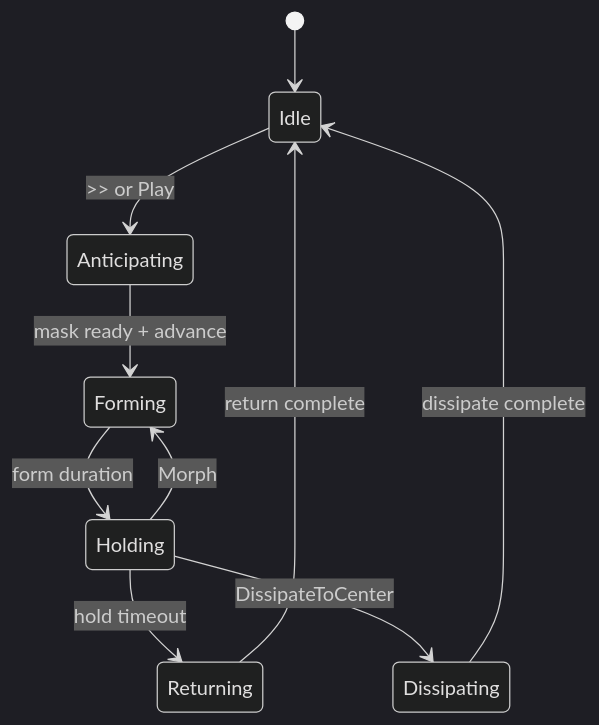
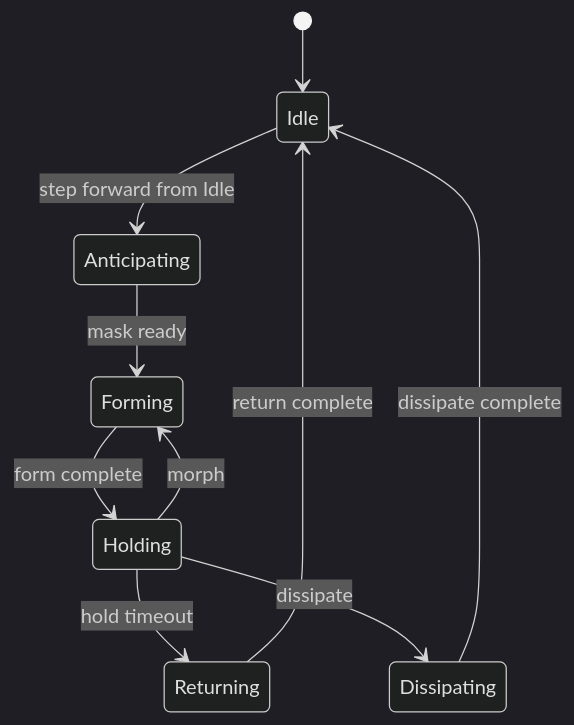
One commit to vecnode/metaagent-ue5-plugin changed the second of 3 diagrams in README.md. Above: the diagram before and after it, drawn with Mermaid (dark theme). The commit also changed other lines of this file and 49 other files, not shown here.

````diff
--- a/README.md
+++ b/README.md
@@ -223,12 +194,12 @@
 ```mermaid
 stateDiagram-v2
     [*] --> Idle
-    Idle --> Anticipating: >> or Play
-    Anticipating --> Forming: mask ready + advance
-    Forming --> Holding: form duration
+    Idle --> Anticipating: step forward from Idle
+    Anticipating --> Forming: mask ready
+    Forming --> Holding: form complete
     Holding --> Returning: hold timeout
-    Holding --> Forming: Morph
-    Holding --> Dissipating: DissipateToCenter
+    Holding --> Forming: morph
+    Holding --> Dissipating: dissipate
     Returning --> Idle: return complete
     Dissipating --> Idle: dissipate complete
 ```
````
